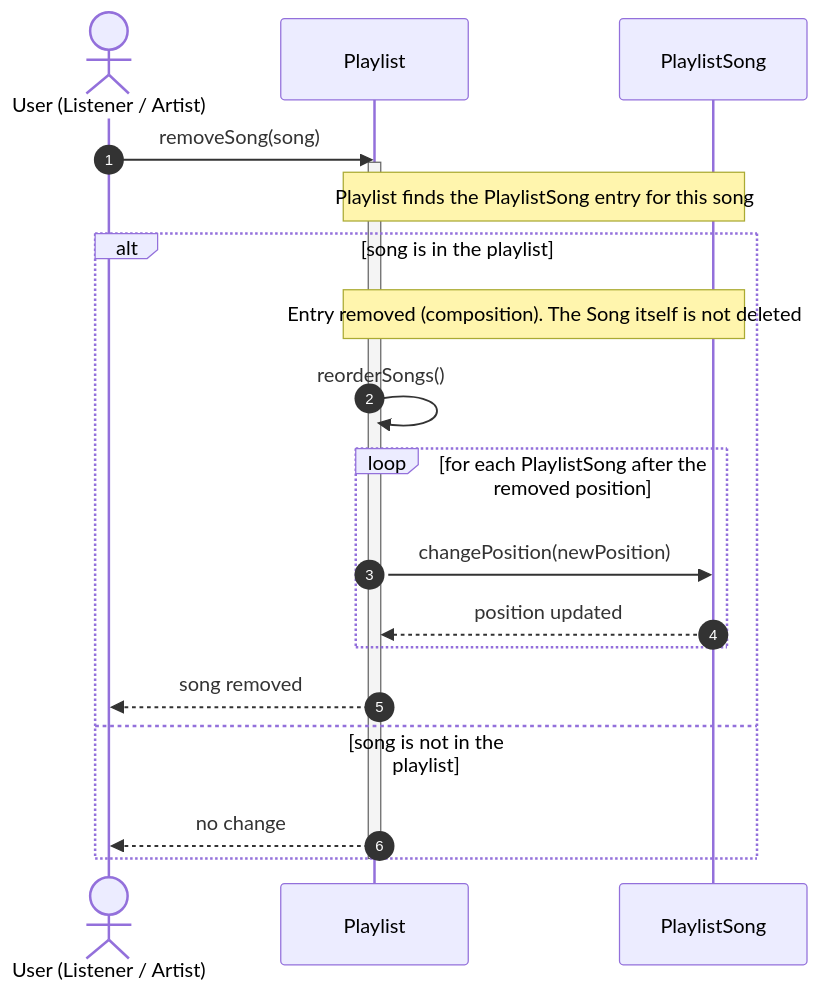
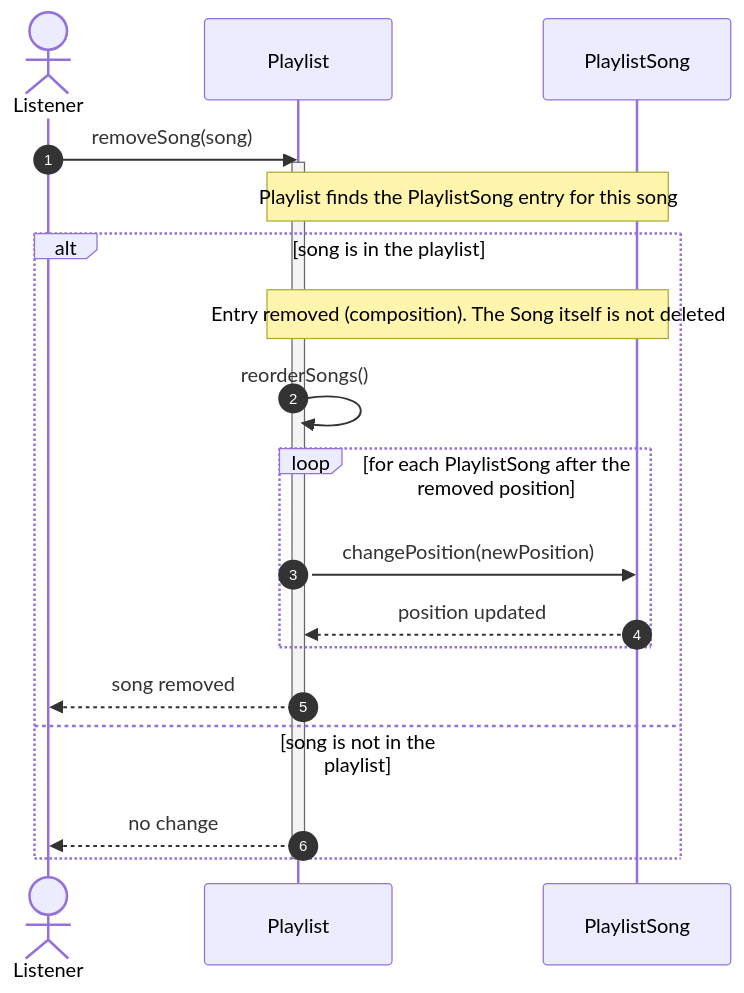
The fifth of 5 diagrams in README.md (Liorwa0/music-streaming-uml), drawn with Mermaid before and after one commit. The commit also changed other lines of this file, not shown here.

Commit message:
Align diagram responsibilities and small consistency fixes

````diff
--- a/README.md
+++ b/README.md
@@ -342,25 +342,25 @@
 ```mermaid
 sequenceDiagram
     autonumber
-    actor User as User (Listener / Artist)
+    actor Listener
     participant Playlist
     participant PlaylistSong
 
-    User->>Playlist: removeSong(song)
+    Listener->>Playlist: removeSong(song)
     activate Playlist
     Note over Playlist,PlaylistSong: Playlist finds the PlaylistSong entry for this song
 
     alt song is in the playlist
         Note over Playlist,PlaylistSong: Entry removed (composition). The Song itself is not deleted
         Playlist->>Playlist: reorderSongs()
         loop for each PlaylistSong after the removed position
             Playlist->>PlaylistSong: changePosition(newPosition)
             PlaylistSong-->>Playlist: position updated
         end
-        Playlist-->>User: song removed
+        Playlist-->>Listener: song removed
     else song is not in the playlist
-        Playlist-->>User: no change
+        Playlist-->>Listener: no change
     end
     deactivate Playlist
 
 ```
````
